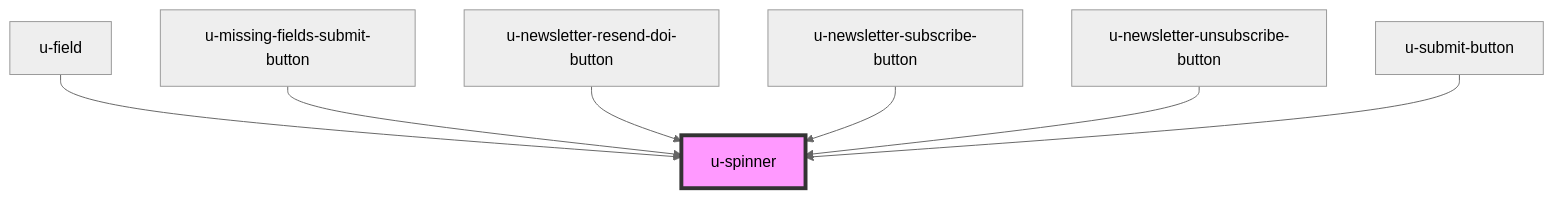
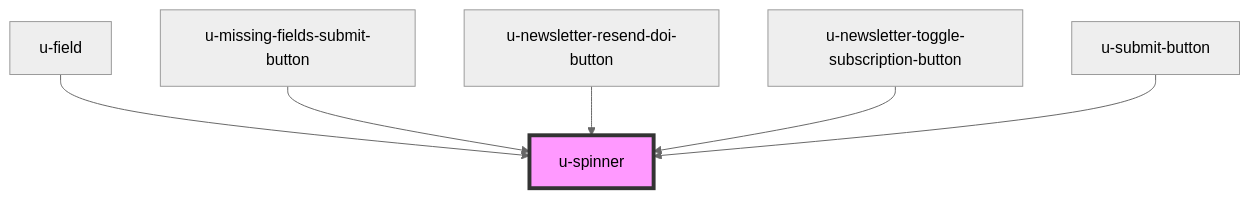
The diagram in packages/sdk/src/shared/components/spinner/readme.md (UnidyID/unidy-sdk), drawn with Mermaid (neutral theme) before and after one commit. The commit also changed other lines of this file and 3 other files, not shown here.

````diff
--- a/packages/sdk/src/shared/components/spinner/readme.md
+++ b/packages/sdk/src/shared/components/spinner/readme.md
@@ -107,10 +106,9 @@
 ```mermaid
 graph TD;
   u-field --> u-spinner
   u-missing-fields-submit-button --> u-spinner
   u-newsletter-resend-doi-button --> u-spinner
-  u-newsletter-subscribe-button --> u-spinner
-  u-newsletter-unsubscribe-button --> u-spinner
+  u-newsletter-toggle-subscription-button --> u-spinner
   u-submit-button --> u-spinner
   style u-spinner fill:#f9f,stroke:#333,stroke-width:4px
 ```
````
